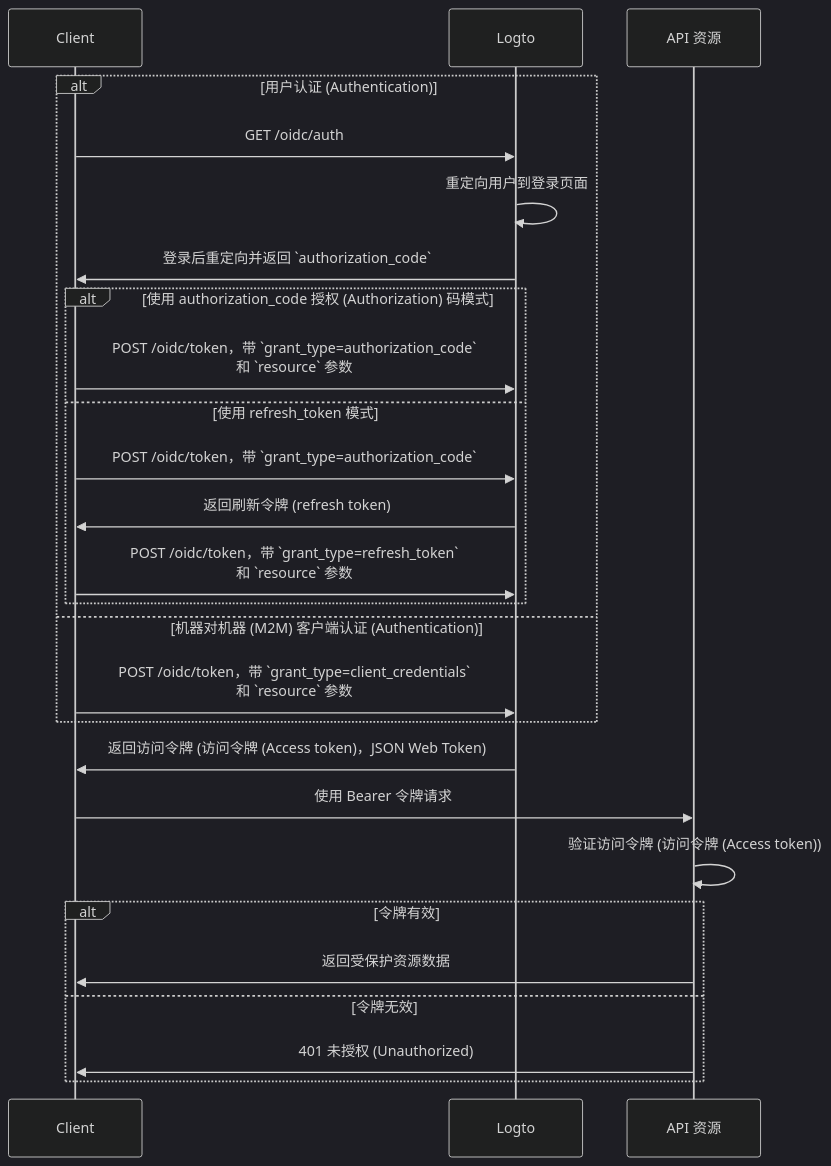
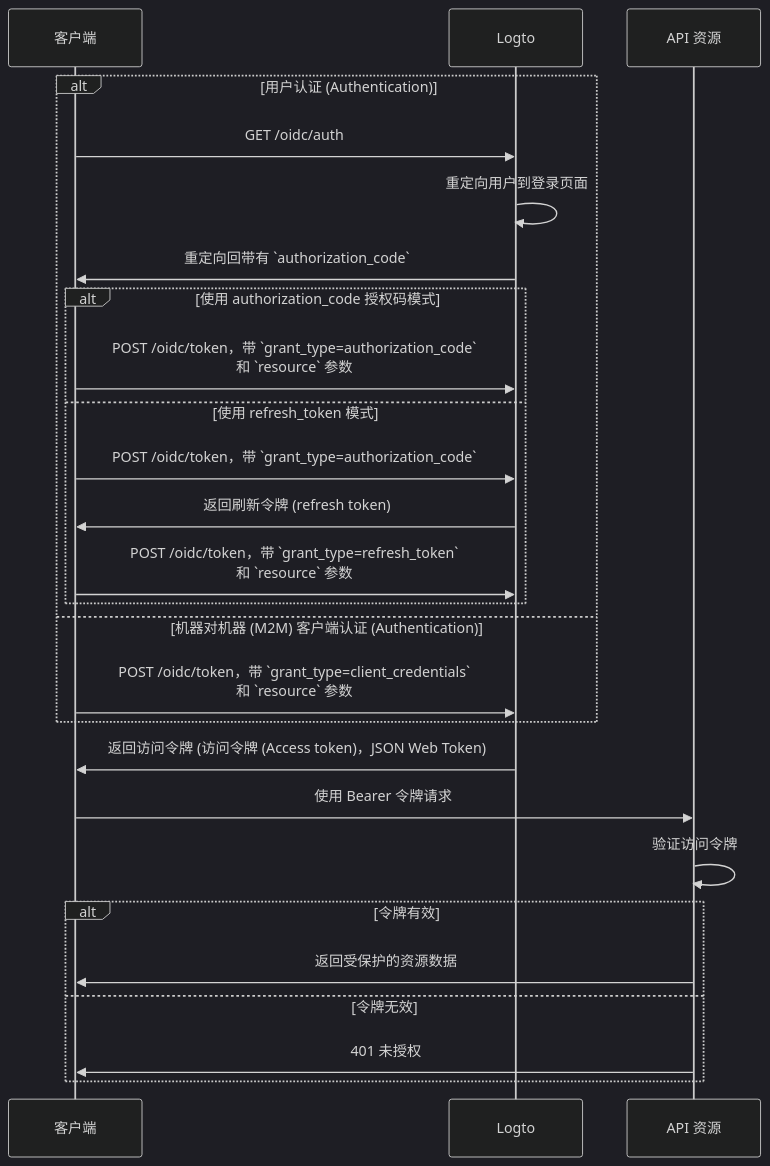
One commit to logto-io/docs changed the diagram in i18n/zh-CN/docusaurus-plugin-content-docs/current/authorization/global-api-resources.mdx. Above: the diagram before and after it, drawn with Mermaid (dark theme). The commit also changed other lines of this file and 200 other files, not shown here.

````diff
--- a/i18n/zh-CN/docusaurus-plugin-content-docs/current/authorization/global-api-resources.mdx
+++ b/i18n/zh-CN/docusaurus-plugin-content-docs/current/authorization/global-api-resources.mdx
@@ -67,31 +67,31 @@
 ```mermaid
 sequenceDiagram
-    participant Client
+    participant Client as 客户端
     participant Logto
     participant API as API 资源
 
     alt 用户认证 (Authentication)
         Client->>Logto: GET /oidc/auth
         Logto->>Logto: 重定向用户到登录页面
-        Logto->>Client: 登录后重定向并返回 `authorization_code`
-        alt 使用 authorization_code 授权 (Authorization) 码模式
+        Logto->>Client: 重定向回带有 `authorization_code`
+        alt 使用 authorization_code 授权码模式
             Client->>Logto: POST /oidc/token，带 `grant_type=authorization_code`<br/>和 `resource` 参数
         else 使用 refresh_token 模式
             Client->>Logto: POST /oidc/token，带 `grant_type=authorization_code`
             Logto->>Client: 返回刷新令牌 (refresh token)
             Client->>Logto: POST /oidc/token，带 `grant_type=refresh_token`<br/>和 `resource` 参数
         end
     else 机器对机器 (M2M) 客户端认证 (Authentication)
         Client->>Logto: POST /oidc/token，带 `grant_type=client_credentials`<br/>和 `resource` 参数
     end
 
     Logto->>Client: 返回访问令牌 (访问令牌 (Access token)，JSON Web Token)
     Client->>API: 使用 Bearer 令牌请求
-    API->>API: 验证访问令牌 (访问令牌 (Access token))
+    API->>API: 验证访问令牌
 
     alt 令牌有效
-      API->>Client: 返回受保护资源数据
+      API->>Client: 返回受保护的资源数据
     else 令牌无效
-      API->>Client: 401 未授权 (Unauthorized)
+      API->>Client: 401 未授权
     end
 ```
````
